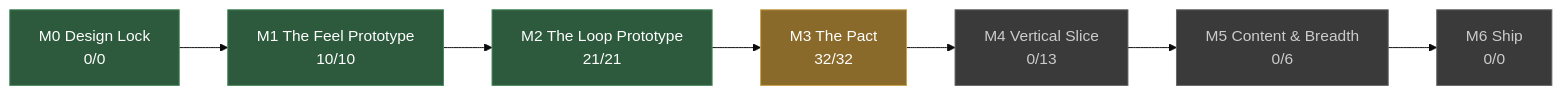
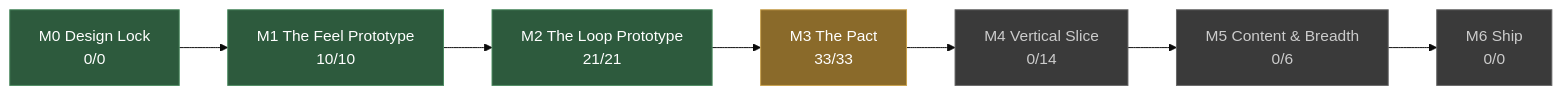
The diagram in docs/STATUS.md (JoshuaGessner/she), drawn with Mermaid (base theme) before and after one commit. The commit also changed other lines of this file and 4 other files, not shown here.

````diff
--- a/docs/STATUS.md
+++ b/docs/STATUS.md
@@ -13,19 +13,19 @@
 ```mermaid
 flowchart LR
   M0["M0 Design Lock<br/>0/0"]:::passed
   M1["M1 The Feel Prototype<br/>10/10"]:::passed
   M0 --> M1
   M2["M2 The Loop Prototype<br/>21/21"]:::passed
   M1 --> M2
-  M3["M3 The Pact<br/>32/32"]:::current
+  M3["M3 The Pact<br/>33/33"]:::current
   M2 --> M3
-  M4["M4 Vertical Slice<br/>0/13"]:::ahead
+  M4["M4 Vertical Slice<br/>0/14"]:::ahead
   M3 --> M4
   M5["M5 Content & Breadth<br/>0/6"]:::ahead
   M4 --> M5
   M6["M6 Ship<br/>0/0"]:::ahead
   M5 --> M6
   classDef passed fill:#2d5a3d,stroke:#4a8a5f,color:#fff
   classDef current fill:#8a6a2a,stroke:#c8a04a,color:#fff
   classDef ahead fill:#3a3a3a,stroke:#666,color:#ccc
 ```
````
